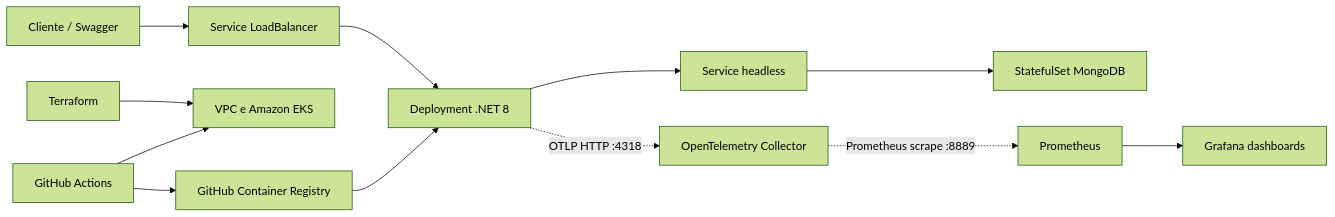
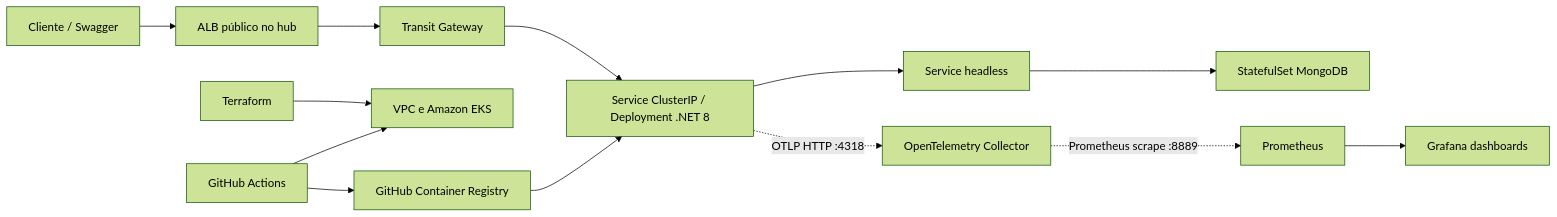
Before and after one commit to patrickpk4/projeto-cadastro-com-pipeline: the first of 2 diagrams in readme.md, drawn with Mermaid (forest theme). The commit also changed other lines of this file and 21 other files, not shown here.

````diff
--- a/readme.md
+++ b/readme.md
@@ -53,16 +53,17 @@
 ```mermaid
 flowchart LR
-    Client[Cliente / Swagger] --> LB[Service LoadBalancer]
-    LB --> API[Deployment .NET 8]
+    Client[Cliente / Swagger] --> ALB[ALB público no hub]
+    ALB --> TGW[Transit Gateway]
+    TGW --> API[Service ClusterIP / Deployment .NET 8]
     API --> DB[Service headless]
     DB --> Mongo[StatefulSet MongoDB]
 
     API -. OTLP HTTP :4318 .-> Collector[OpenTelemetry Collector]
     Collector -. Prometheus scrape :8889 .-> Prom[Prometheus]
     Prom --> Grafana[Grafana dashboards]
 
     Terraform[Terraform] --> AWS[VPC e Amazon EKS]
     Actions[GitHub Actions] --> GHCR[GitHub Container Registry]
     GHCR --> API
     Actions --> AWS
 ```
````
